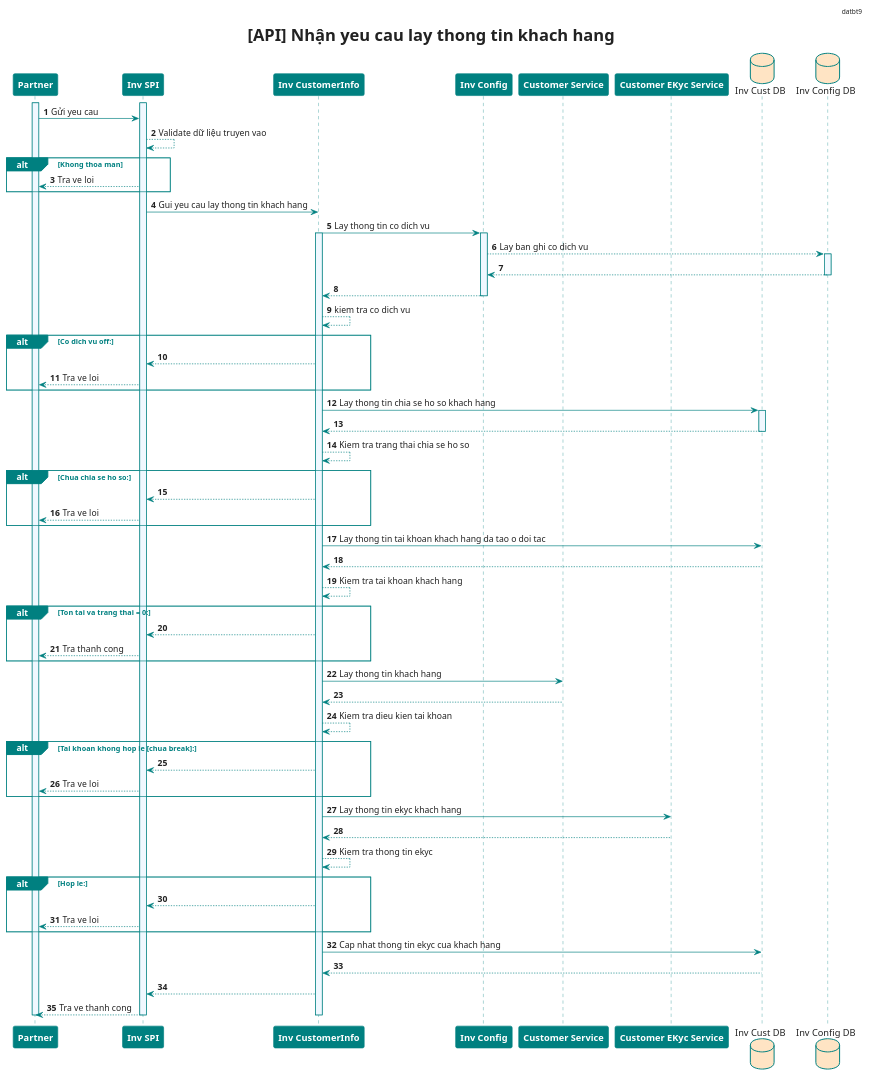
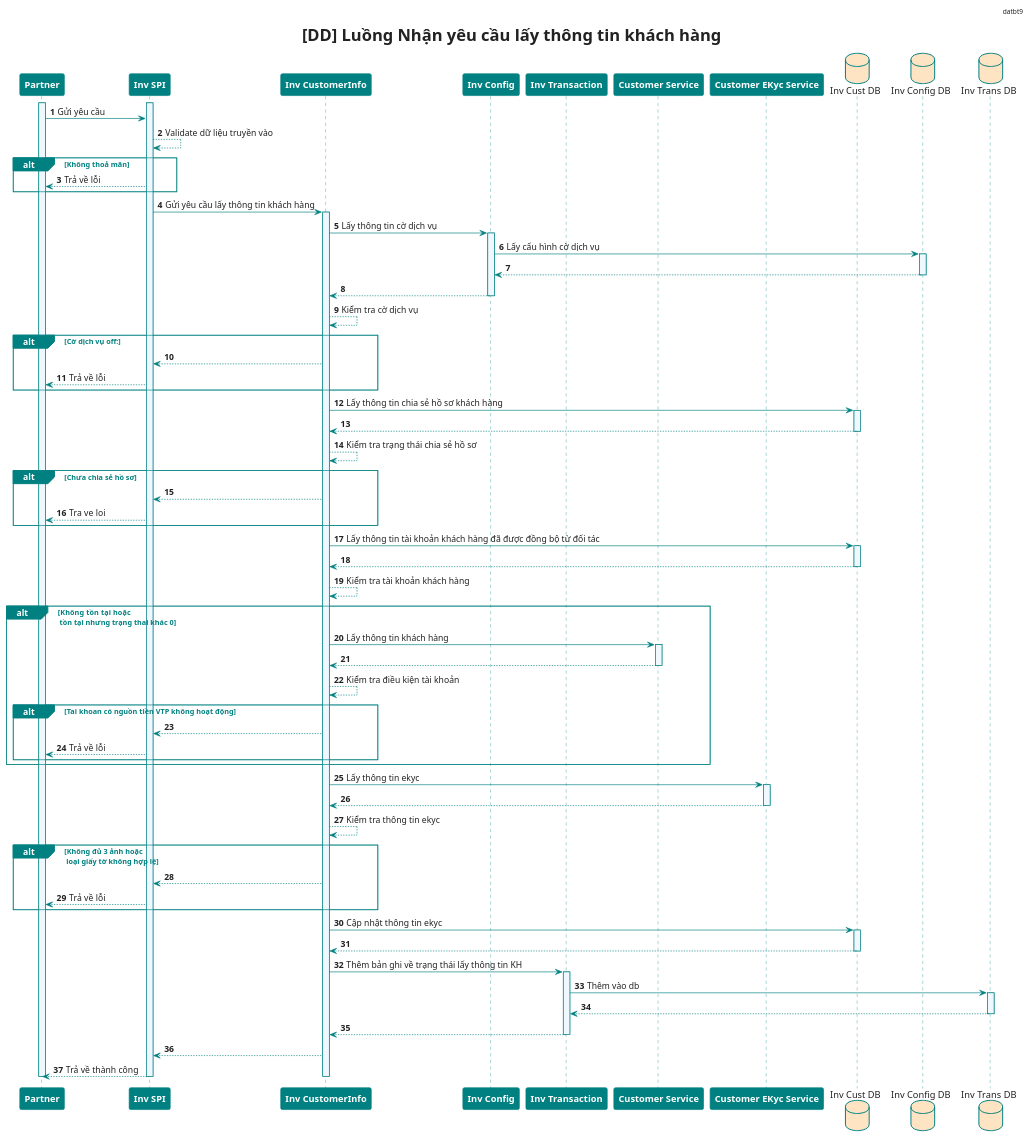
The diagram in sq.puml (BuiDatHust/Simple-Chat-Server), drawn with PlantUML before and after one commit. The commit also changed other lines of this file and 5 other files, not shown here.

```diff
--- a/sq.puml
+++ b/sq.puml
@@ -1,131 +1,147 @@
 @startuml
 
 ' Reference:
 ' https://plantuml.com/sequence-diagram
 ' https://plantuml-documentation.readthedocs.io/en/latest/formatting/all-skin-params.html
 '
 ' Author: datbt9
 ' Date: 13/05/2024
 ' Jira: http://10.254.136.35:8090/pages/resumedraft.action?draftId=65714137&draftShareId=58ce2748-b779-45e3-9a12-a3720325b42c&
 
 skinparam shadowing false
 skinparam responseMessageBelowArrow false
 
 skinparam DefaultFontColor #222
 skinparam TitleFontSize 25
 
 skinparam NoteBorderColor #teal
 skinparam NoteBackgroundColor #powderblue
 skinparam NoteFontColor #444
 
 skinparam DatabaseBorderColor #teal
 skinparam DatabaseBackgroundColor #bisque
 
 skinparam sequence {
   ParticipantBorderThickness 1
   ParticipantBorderColor #teal
   ParticipantBackgroundColor #teal
   ParticipantFontColor #white
   ParticipantFontSize 14
   ParticipantFontStyle bold
 
   LifeLineBorderColor #teal
   LifeLineBackgroundColor #aliceblue
 
   ArrowColor #teal
   ActorBorderColor #teal
 
   GroupBorderThickness 1
   GroupBorderColor #teal
   GroupHeaderFontColor #white
   GroupBackgroundColor #teal
   GroupFontColor #teal
 
 
   ReferenceBorderThickness 1
   ReferenceBorderColor #teal
   ReferenceBackgroundColor #aliceblue
   ReferenceHeaderBackgroundColor #white
   ReferenceFontColor #teal
 }
 
 header : datbt9
-title : [API] Nhận yeu cau lay thong tin khach hang 
+title : [DD] Luồng Nhận yêu cầu lấy thông tin khách hàng
 autonumber
 
 participant "Partner" as partner
 participant "Inv SPI" as spi
 participant "Inv CustomerInfo" as cust
 participant "Inv Config" as config
+participant "Inv Transaction" as trans
 participant "Customer Service" as custservice
 participant "Customer EKyc Service" as custekycservice
 database "Inv Cust DB" as custdb
 database "Inv Config DB" as configdb
+database "Inv Trans DB" as transdb
 
 partner++
 spi++
 
-partner -> spi: Gửi yeu cau 
-spi --> spi: Validate dữ liệu truyen vao
+partner -> spi: Gửi yêu cầu
+spi --> spi: Validate dữ liệu truyền vào
 
-alt Khong thoa man
-    spi-->partner: Tra ve loi
-end 
+alt Không thoả mãn
+    spi-->partner: Trả về lỗi
+end
 
-spi->cust:  Gui yeu cau lay thong tin khach hang
-
-cust->config: Lay thong tin co dich vu
+spi->cust:  Gửi yêu cầu lấy thông tin khách hàng
 cust++
+cust->config: Lấy thông tin cờ dịch vụ
 config++
-config-->configdb: Lay ban ghi co dich vu
+config->configdb: Lấy cấu hình cờ dịch vụ
 configdb++
 configdb-->config
 configdb--
-config-->cust: 
+config-->cust:
 config--
-cust-->cust: kiem tra co dich vu
-alt Co dich vu off:
-    cust-->spi: 
-    spi-->partner: Tra ve loi
+cust-->cust: Kiểm tra cờ dịch vụ
+alt Cờ dịch vụ off:
+    cust-->spi:
+    spi-->partner: Trả về lỗi
 end
 
-cust->custdb: Lay thong tin chia se ho so khach hang
+cust->custdb: Lấy thông tin chia sẻ hồ sơ khách hàng
 custdb++
 custdb-->cust:
 custdb--
-cust-->cust: Kiem tra trang thai chia se ho so
-alt Chua chia se ho so:
-    cust-->spi:
-    spi-->partner: Tra ve loi
-end 
-cust->custdb: Lay thong tin tai khoan khach hang da tao o doi tac
-custdb-->cust: 
-cust-->cust: Kiem tra tai khoan khach hang
-alt Ton tai va trang thai = 0:
-    cust-->spi
-    spi-->partner: Tra thanh cong
-end
-cust->custservice: Lay thong tin khach hang
-custservice-->cust
-cust-->cust: Kiem tra dieu kien tai khoan
-alt Tai khoan khong hop le [chua break]:
-    cust-->spi
-    spi-->partner: Tra ve loi
-end
-cust->custekycservice: Lay thong tin ekyc khach hang
-custekycservice-->cust:
-cust-->cust: Kiem tra thong tin ekyc
-alt Hop le:
+cust-->cust: Kiểm tra trạng thái chia sẻ hồ sơ
+alt Chưa chia sẻ hồ sơ
     cust-->spi:
     spi-->partner: Tra ve loi
 end
-cust->custdb: Cap nhat thong tin ekyc cua khach hang
+cust->custdb: Lấy thông tin tài khoản khách hàng đã được đồng bộ từ đối tác
+custdb++
 custdb-->cust:
+custdb--
+cust-->cust: Kiểm tra tài khoản khách hàng
+alt Không tồn tại  hoặc \n tồn tại nhưng trạng thai khác 0
+    cust->custservice: Lấy thông tin khách hàng
+    custservice++
+    custservice-->cust
+    custservice--
+    cust-->cust: Kiểm tra điều kiện tài khoản
+    alt Tai khoan có nguồn tiền VTP không hoạt động
+        cust-->spi
+        spi-->partner: Trả về lỗi
+    end
+end
+
+cust->custekycservice: Lấy thông tin ekyc
+custekycservice++
+custekycservice-->cust:
+custekycservice--
+cust-->cust: Kiểm tra thông tin ekyc
+alt Không đủ 3 ảnh hoặc\n loại giấy tờ không hợp lệ
+    cust-->spi:
+    spi-->partner: Trả về lỗi
+end
+cust->custdb: Cập nhật thông tin ekyc
+custdb++
+custdb-->cust:
+custdb--
+cust->trans: Thêm bản ghi về trạng thái lấy thông tin KH
+trans++
+trans->transdb: Thêm vào db
+transdb++
+transdb-->trans
+transdb--
+trans-->cust
+trans--
 cust-->spi:
-spi-->partner: Tra ve thanh cong
+spi-->partner: Trả về thành công
 
 cust--
 
 spi--
 partner--
 @enduml
```
